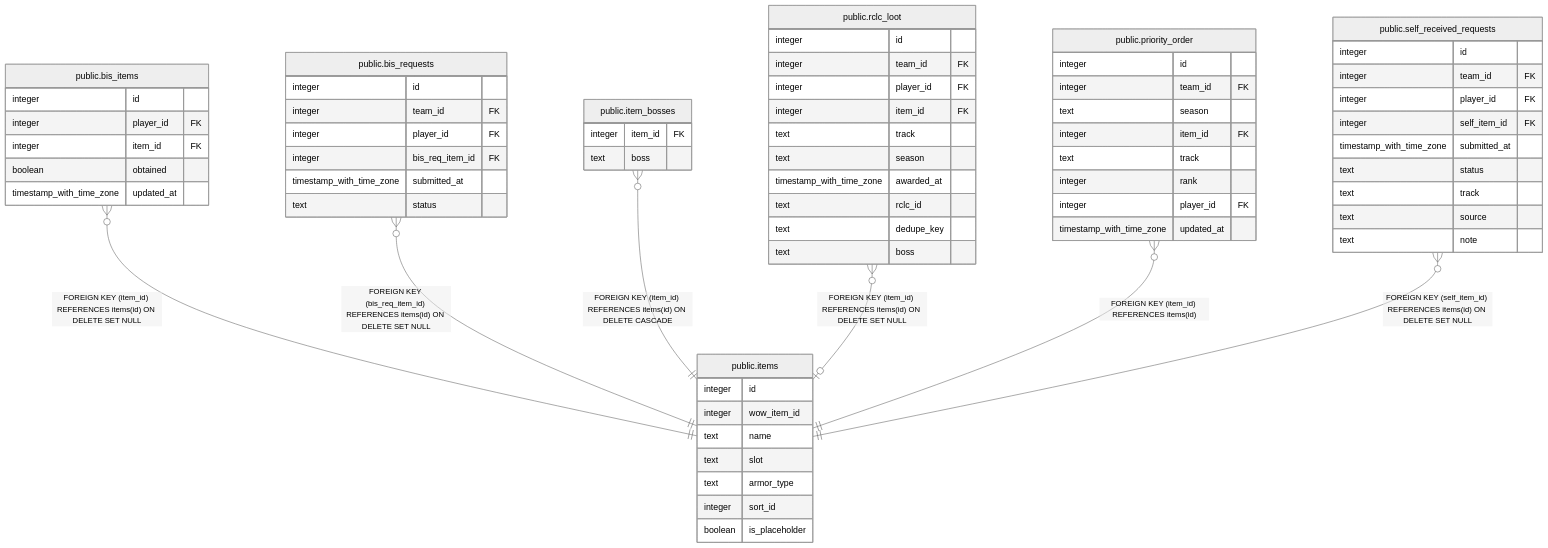
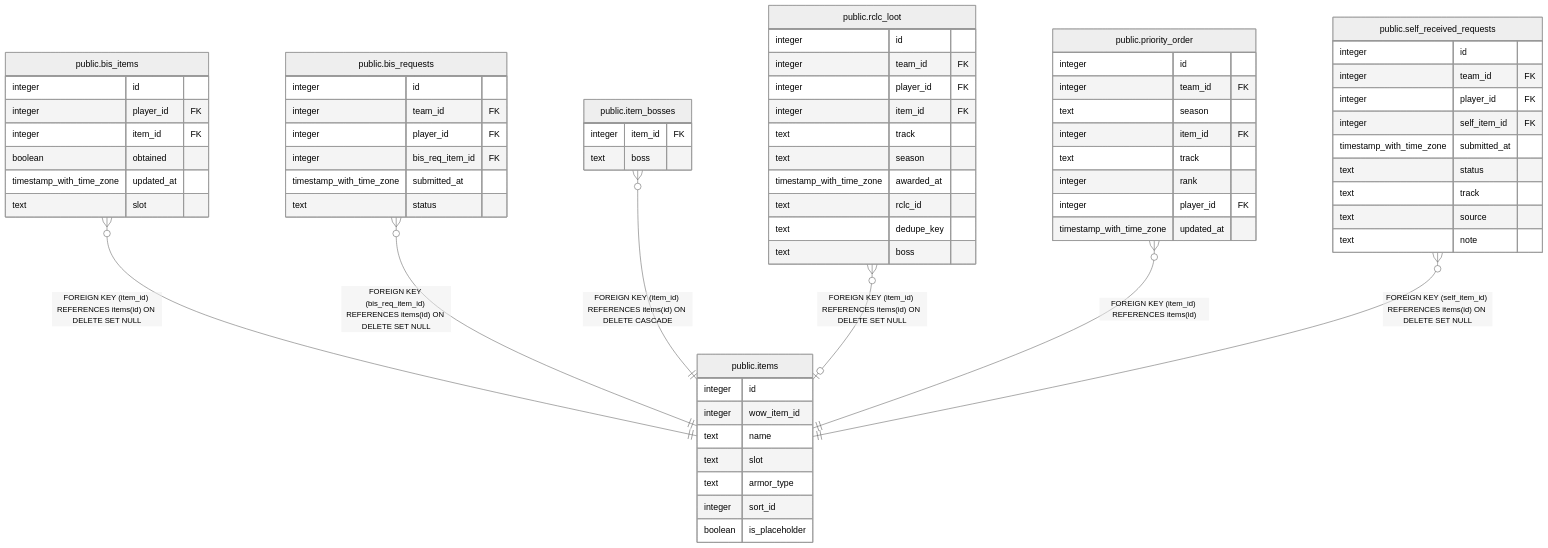
Before and after one commit to katogaming88/WGA-Raid-Hub: the diagram in dbdoc/public.items.md, drawn with Mermaid (neutral theme). The commit also changed 13 other files, not shown here.

````diff
--- a/dbdoc/public.items.md
+++ b/dbdoc/public.items.md
@@ -31,72 +31,73 @@
 ```mermaid
 erDiagram
 
 "public.bis_items" }o--|| "public.items" : "FOREIGN KEY (item_id) REFERENCES items(id) ON DELETE SET NULL"
 "public.bis_requests" }o--|| "public.items" : "FOREIGN KEY (bis_req_item_id) REFERENCES items(id) ON DELETE SET NULL"
 "public.item_bosses" }o--|| "public.items" : "FOREIGN KEY (item_id) REFERENCES items(id) ON DELETE CASCADE"
 "public.rclc_loot" }o--o| "public.items" : "FOREIGN KEY (item_id) REFERENCES items(id) ON DELETE SET NULL"
 "public.priority_order" }o--|| "public.items" : "FOREIGN KEY (item_id) REFERENCES items(id)"
 "public.self_received_requests" }o--|| "public.items" : "FOREIGN KEY (self_item_id) REFERENCES items(id) ON DELETE SET NULL"
 
 "public.items" {
   integer id
   integer wow_item_id
   text name
   text slot
   text armor_type
   integer sort_id
   boolean is_placeholder
 }
 "public.bis_items" {
   integer id
   integer player_id FK
   integer item_id FK
   boolean obtained
   timestamp_with_time_zone updated_at
+  text slot
 }
 "public.bis_requests" {
   integer id
   integer team_id FK
   integer player_id FK
   integer bis_req_item_id FK
   timestamp_with_time_zone submitted_at
   text status
 }
 "public.item_bosses" {
   integer item_id FK
   text boss
 }
 "public.rclc_loot" {
   integer id
   integer team_id FK
   integer player_id FK
   integer item_id FK
   text track
   text season
   timestamp_with_time_zone awarded_at
   text rclc_id
   text dedupe_key
   text boss
 }
 "public.priority_order" {
   integer id
   integer team_id FK
   text season
   integer item_id FK
   text track
   integer rank
   integer player_id FK
   timestamp_with_time_zone updated_at
 }
 "public.self_received_requests" {
   integer id
   integer team_id FK
   integer player_id FK
   integer self_item_id FK
   timestamp_with_time_zone submitted_at
   text status
   text track
   text source
   text note
 }
 ```
````
